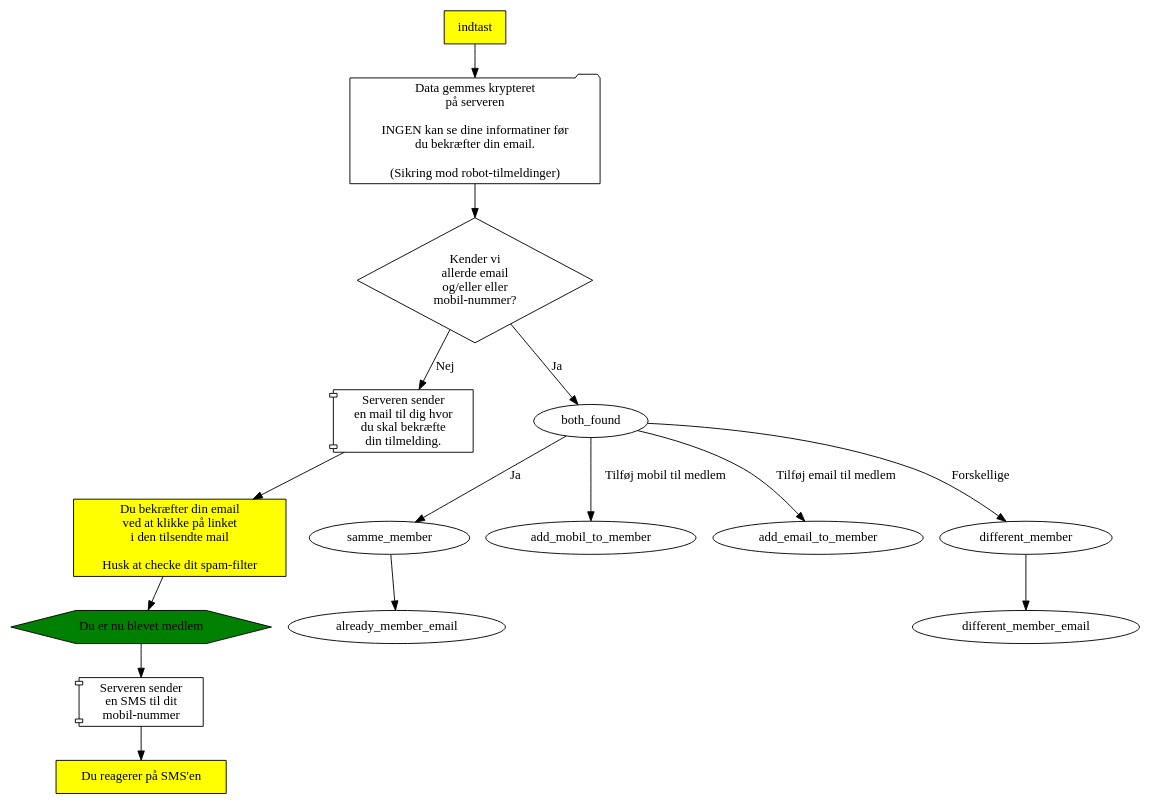
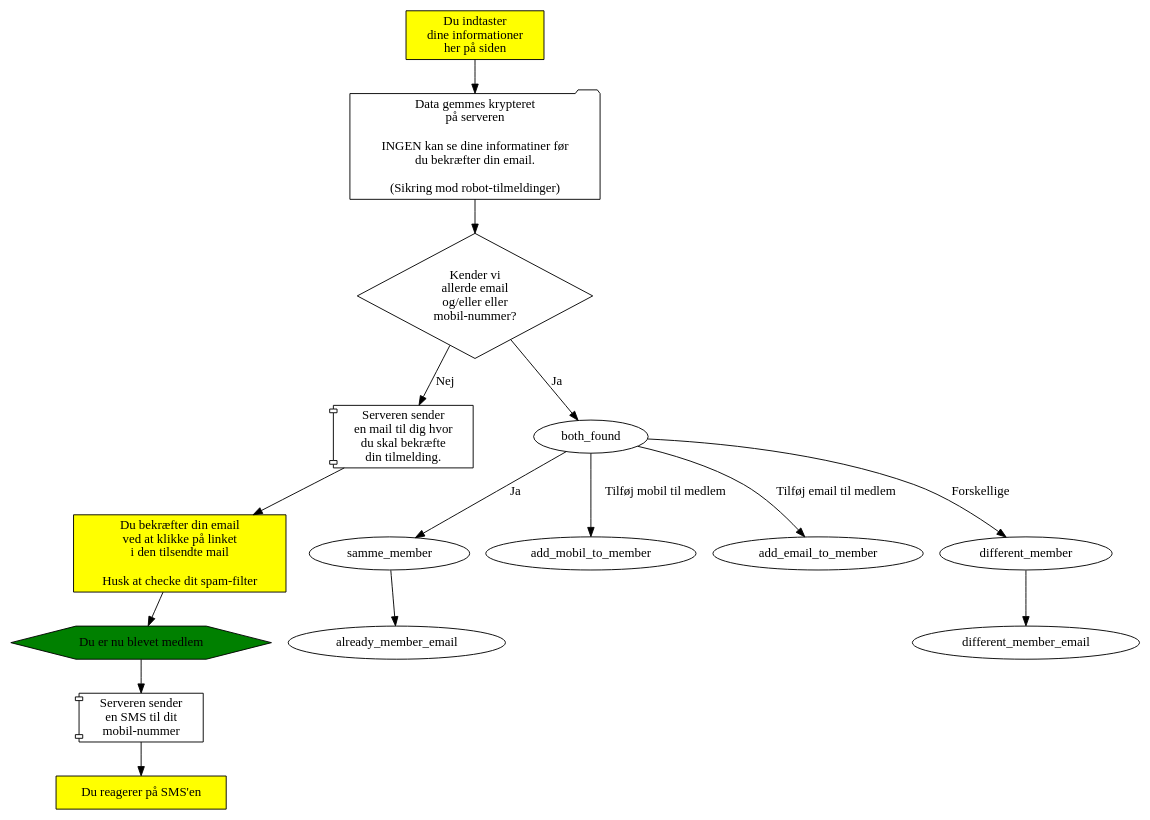
Before and after one commit to alslug/alslug.dk: the diagram in medlemskab/indmeldelse.dot, drawn with Graphviz.

```diff
--- a/medlemskab/indmeldelse.dot
+++ b/medlemskab/indmeldelse.dot
@@ -1,24 +1,24 @@
 digraph indmeldelse {
   { # Dine handlinger
     node [ shape=box style=filled fillcolor=yellow ];
-    indtast                [abel="Du indtaster dine informationer her på siden"];
+    indtast                [label="Du indtaster\ndine informationer\nher på siden"];
     confirm_email          [label="Du bekræfter din email\nved at klikke på linket\ni den tilsendte mail\n\nHusk at checke dit spam-filter"];
     confirm_sms            [label="Du reagerer på SMS'en"];
   }
   send_tilmelding        [shape=folder label="Data gemmes krypteret\npå serveren\n\nINGEN kan se dine informatiner før\ndu bekræfter din email.\n\n(Sikring mod robot-tilmeldinger)"];
   { # Server-aktiviteter
     node [shape=component];
     server_sender_ny_email [label="Serveren sender\nen mail til dig hvor\ndu skal bekræfte\ndin tilmelding."];
     server_sender_sms      [label="Serveren sender\nen SMS til dit\nmobil-nummer"];
   }
 
   findes_allerede        [shape=diamond                                 label="Kender vi\nallerde email\nog/eller eller\nmobil-nummer?"];
   du_biver_medlem        [shape=hexagon   style=filled fillcolor=green  label="Du er nu blevet medlem"];
   
   indtast -> send_tilmelding -> findes_allerede;
                                 findes_allerede -> server_sender_ny_email [label="Nej"];  server_sender_ny_email -> confirm_email -> du_biver_medlem -> server_sender_sms -> confirm_sms;
                                 findes_allerede -> both_found             [label="Ja"];   both_found -> samme_member        [label="Ja"];                      samme_member -> already_member_email;
                                                                                           both_found -> add_mobil_to_member [label="Tilføj mobil til medlem"];
                                                                                           both_found -> add_email_to_member [label="Tilføj email til medlem"];
                                                                                           both_found -> different_member    [label="Forskellige"];             different_member -> different_member_email;
 }
```
